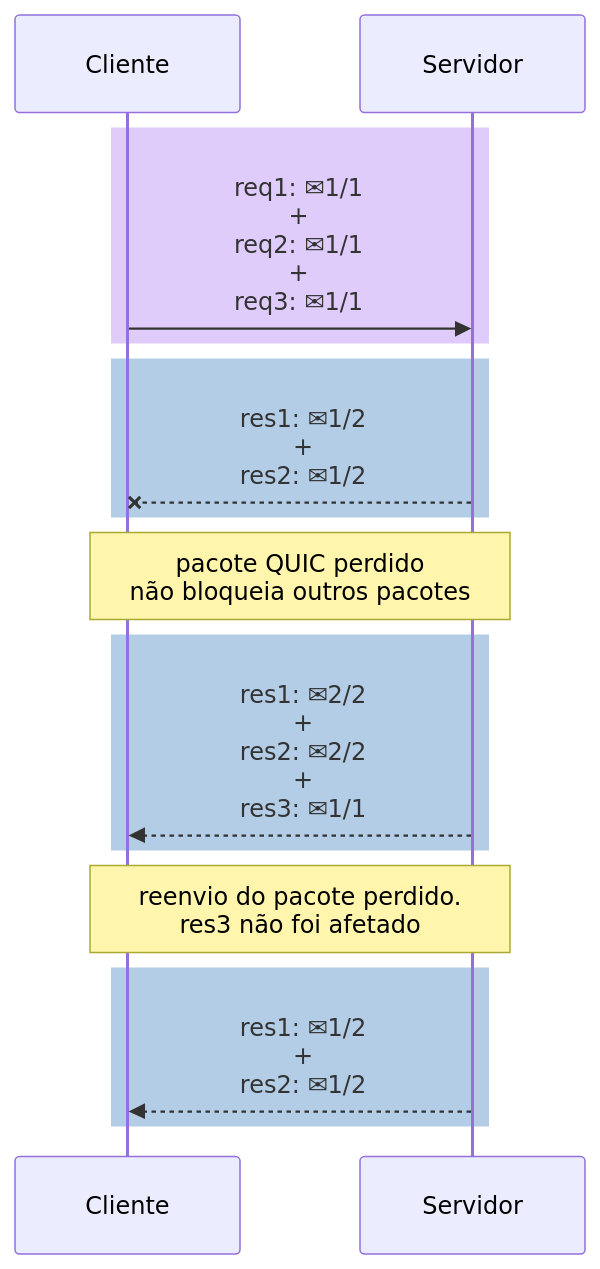
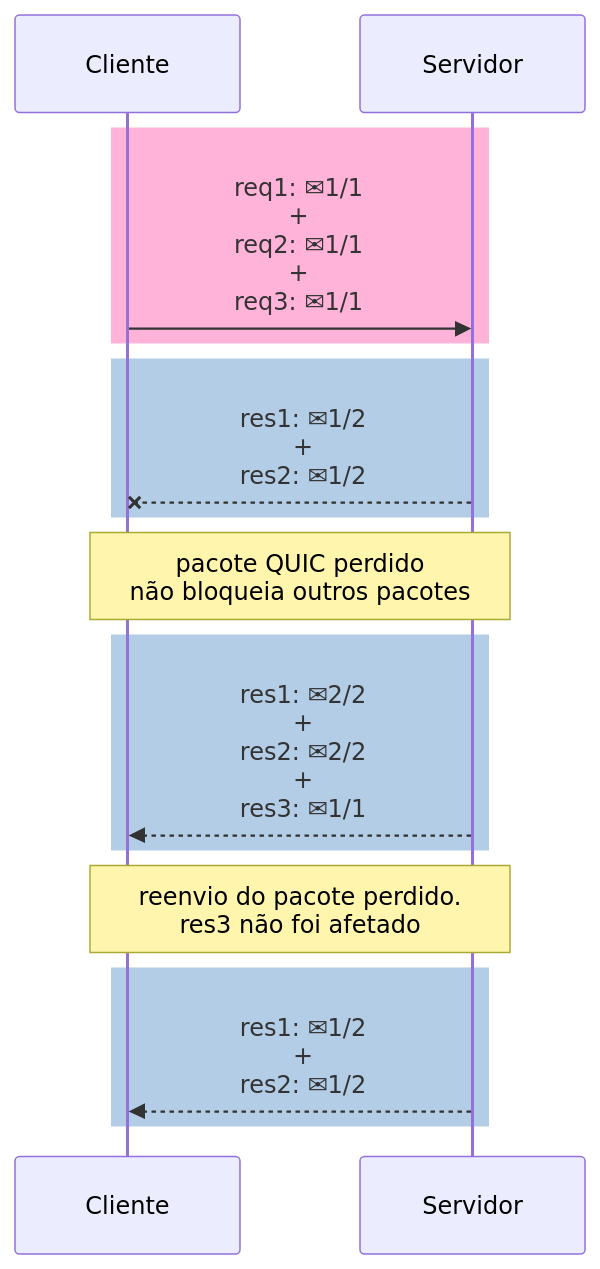
One commit to alexandrehtrb/alexandrehtrb.github.io changed the fourth of 4 diagrams in src/posts/2024/03/http2-e-http3-explicados.md. Above: the diagram before and after it, drawn with Mermaid. The commit also changed other lines of this file and 1 other file, not shown here.

````diff
--- a/src/posts/2024/03/http2-e-http3-explicados.md
+++ b/src/posts/2024/03/http2-e-http3-explicados.md
@@ -178,17 +176,17 @@
 ```mermaid
 sequenceDiagram
-    rect rgb(223, 204, 251)
+    rect rgb(255, 179, 217)
         Cliente->>Servidor: req1: #9993;1/1<br>+<br>req2: #9993;1/1<br>+<br>req3: #9993;1/1
     end
     rect rgb(179, 205, 230)
         Servidor--xCliente: res1: #9993;1/2<br>+<br>res2: #9993;1/2
     end
     Note over Cliente,Servidor: pacote QUIC perdido<br>não bloqueia outros pacotes
     rect rgb(179, 205, 230)
         Servidor-->>Cliente: res1: #9993;2/2<br>+<br>res2: #9993;2/2<br>+<br>res3: #9993;1/1
     end
     Note over Cliente,Servidor: reenvio do pacote perdido.<br>res3 não foi afetado
     rect rgb(179, 205, 230)
         Servidor-->>Cliente: res1: #9993;1/2<br>+<br>res2: #9993;1/2
     end
 ```
````
